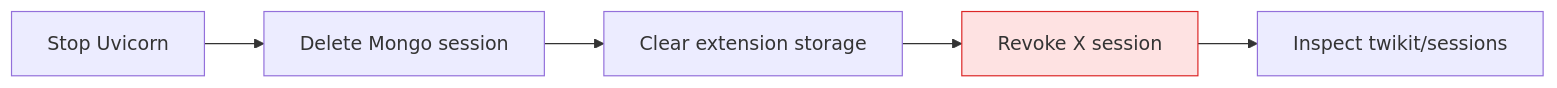
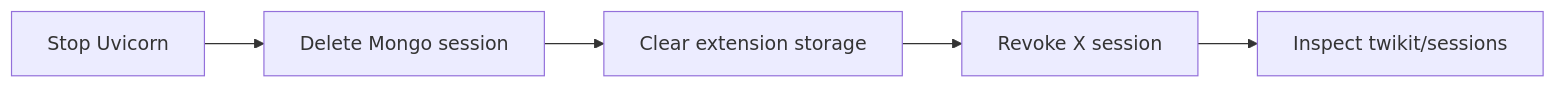
Before and after one commit to SidheshwarSarangal/X_feed_extension: the sixth of 6 diagrams in docs/setup.md, drawn with Mermaid. The commit also changed other lines of this file and 4 other files, not shown here.

````diff
--- a/docs/setup.md
+++ b/docs/setup.md
@@ -138,9 +136,8 @@
 ```mermaid
 flowchart LR
     Stop[Stop Uvicorn] --> DeleteDB[Delete Mongo session]
     DeleteDB --> ClearChrome[Clear extension storage]
     ClearChrome --> Revoke[Revoke X session]
     Revoke --> Inspect[Inspect twikit/sessions]
 
-    style Revoke fill:#fee2e2,stroke:#dc2626
 ```
````
